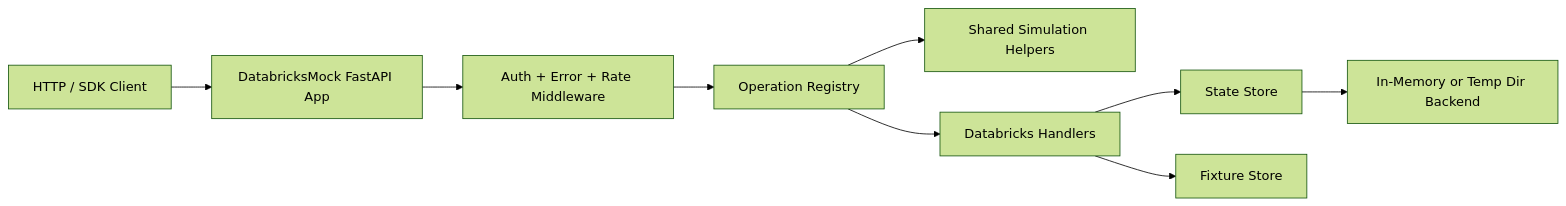
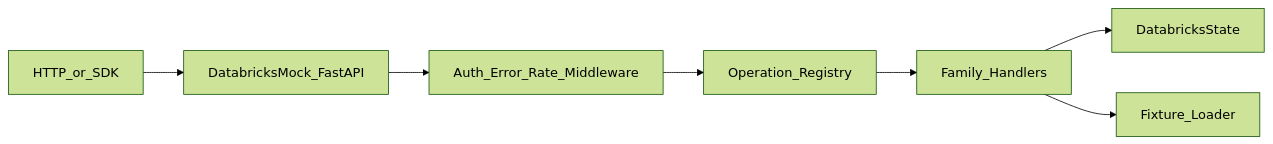
The diagram in docs/semblance_databricks_plan.md (eddiethedean/semblance), drawn with Mermaid (forest theme) before and after one commit. The commit also changed other lines of this file and 79 other files, not shown here.

First line of the commit message:
Add semblance-databricks 0.1.0 workspace REST mock (Phase 10).

````diff
--- a/docs/semblance_databricks_plan.md
+++ b/docs/semblance_databricks_plan.md
@@ -427,11 +364,9 @@
 ```mermaid
 flowchart LR
-    Client[HTTP / SDK Client] --> App[DatabricksMock FastAPI App]
-    App --> MW[Auth + Error + Rate Middleware]
-    MW --> Reg[Operation Registry]
-    Reg --> S[Shared Simulation Helpers]
-    Reg --> H[Databricks Handlers]
-    H --> State[State Store]
-    H --> FX[Fixture Store]
-    State --> Backend[In-Memory or Temp Dir Backend]
+    Client[HTTP_or_SDK] --> App[DatabricksMock_FastAPI]
+    App --> MW[Auth_Error_Rate_Middleware]
+    MW --> Reg[Operation_Registry]
+    Reg --> H[Family_Handlers]
+    H --> State[DatabricksState]
+    H --> FX[Fixture_Loader]
 ```
````
